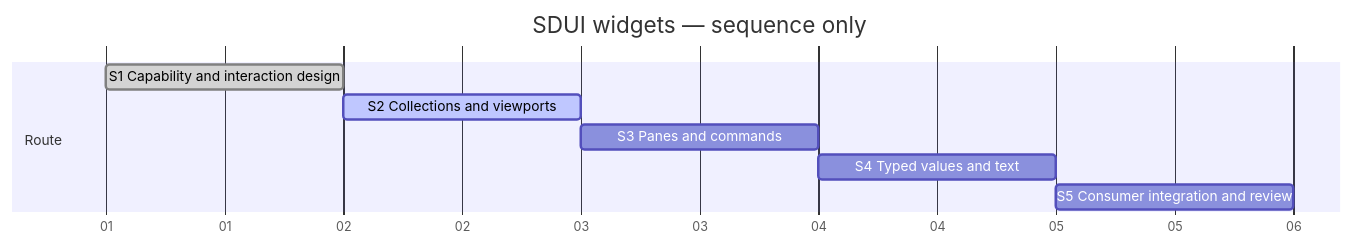
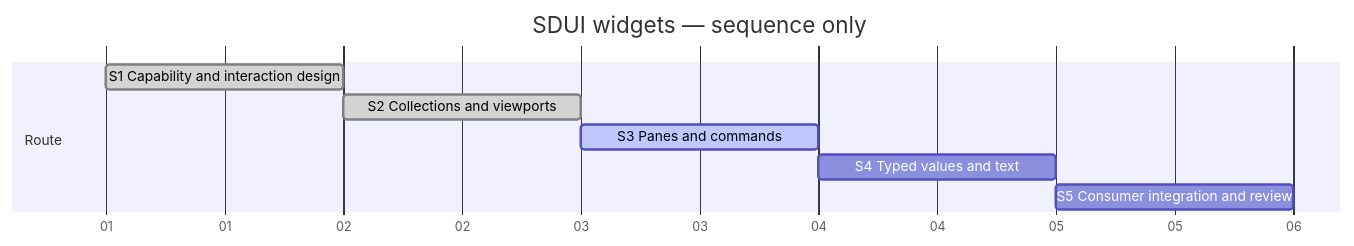
The diagram in SDP/Sessions/session-#0010--SDUI_widgets.md (Hans-Einar/SDP), drawn with Mermaid before and after one commit. The commit also changed other lines of this file and 53 other files, not shown here.

````diff
--- a/SDP/Sessions/session-#0010--SDUI_widgets.md
+++ b/SDP/Sessions/session-#0010--SDUI_widgets.md
@@ -9,12 +9,12 @@
 ```mermaid
 gantt
     title SDUI widgets — sequence only
     dateFormat YYYY-MM-DD
     axisFormat %d
     section Route
     S1 Capability and interaction design :done, s1, 2000-01-01, 1d
-    S2 Collections and viewports :active, s2, after s1, 1d
-    S3 Panes and commands :s3, after s2, 1d
+    S2 Collections and viewports :done, s2, after s1, 1d
+    S3 Panes and commands :active, s3, after s2, 1d
     S4 Typed values and text :s4, after s3, 1d
     S5 Consumer integration and review :s5, after s4, 1d
 ```
````
